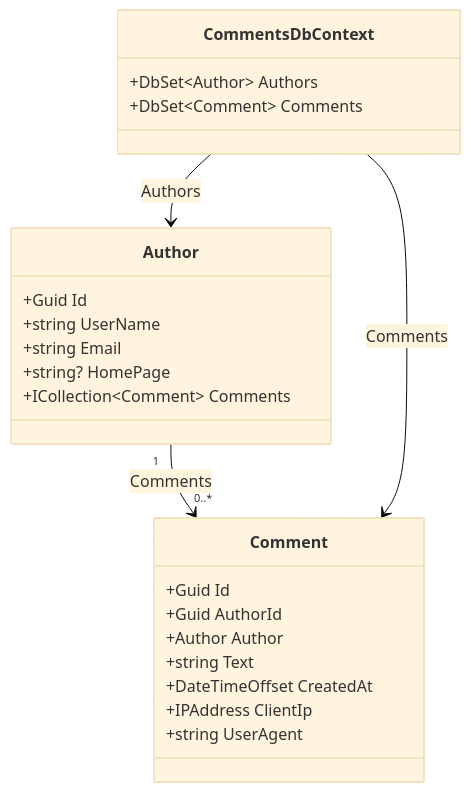
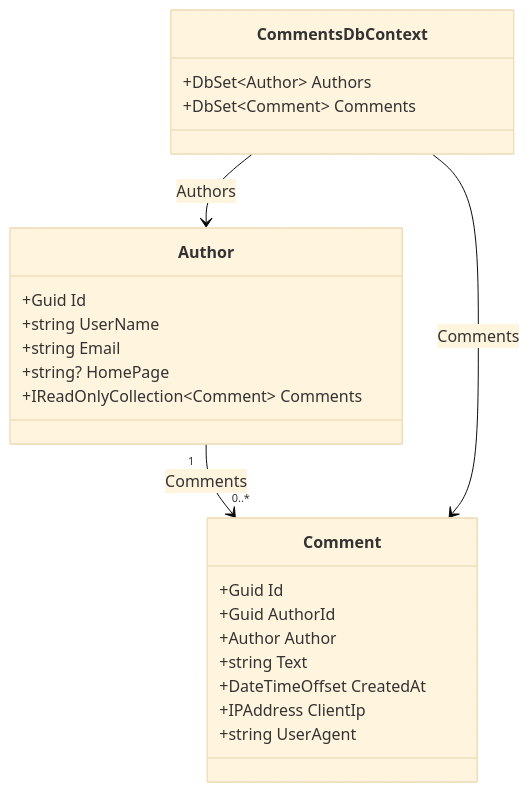
The second of 2 diagrams in docs/database/SCHEMA.md (avysotsky/CommentsService), drawn with Mermaid (base theme) before and after one commit. The commit also changed other lines of this file and 39 other files, not shown here.

Commit message:
refactor(architecture): separate domain infrastructure and API layers

````diff
--- a/docs/database/SCHEMA.md
+++ b/docs/database/SCHEMA.md
@@ -117,26 +126,26 @@
 ```mermaid
 classDiagram
     Author "1" --> "0..*" Comment : Comments
     CommentsDbContext --> Author : Authors
     CommentsDbContext --> Comment : Comments
     class Author {
         +Guid Id
         +string UserName
         +string Email
         +string? HomePage
-        +ICollection~Comment~ Comments
+        +IReadOnlyCollection~Comment~ Comments
     }
     class Comment {
         +Guid Id
         +Guid AuthorId
         +Author Author
         +string Text
         +DateTimeOffset CreatedAt
         +IPAddress ClientIp
         +string UserAgent
     }
     class CommentsDbContext {
         +DbSet~Author~ Authors
         +DbSet~Comment~ Comments
     }
 ```
````
